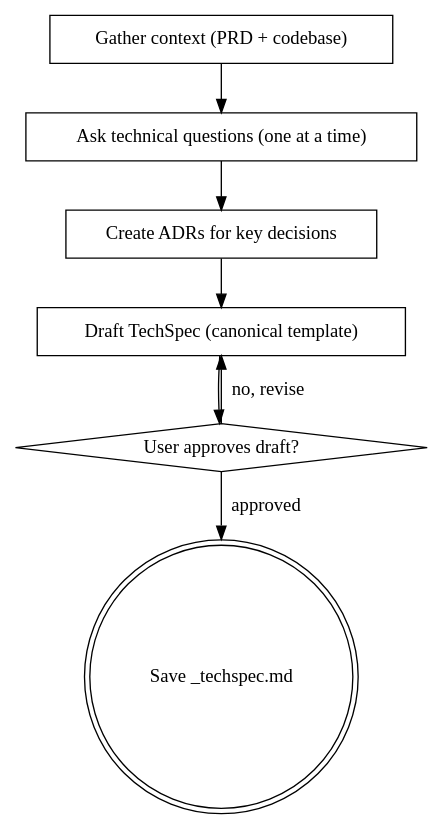
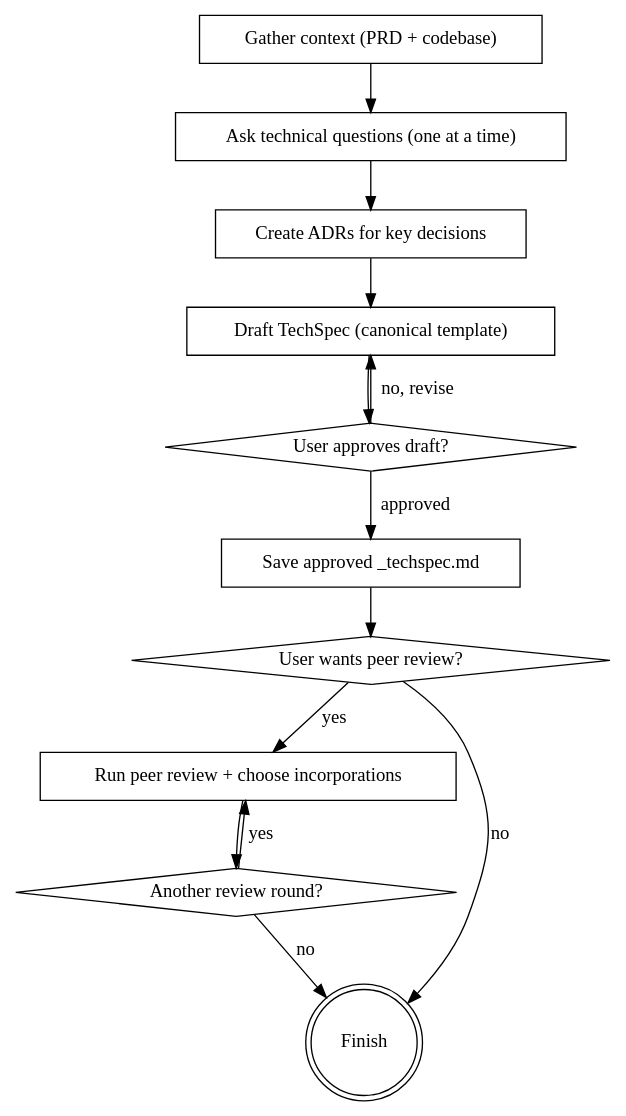
Before and after one commit to Viniciuscarvalho/agh: the diagram in .agents/skills/cy-create-techspec/SKILL.md, drawn with Graphviz. The commit also changed other lines of this file and 703 other files, not shown here.

````diff
--- a/.agents/skills/cy-create-techspec/SKILL.md
+++ b/.agents/skills/cy-create-techspec/SKILL.md
@@ -107,17 +138,27 @@
 ```dot
 digraph create_techspec {
     "Gather context (PRD + codebase)" [shape=box];
     "Ask technical questions (one at a time)" [shape=box];
     "Create ADRs for key decisions" [shape=box];
     "Draft TechSpec (canonical template)" [shape=box];
     "User approves draft?" [shape=diamond];
-    "Save _techspec.md" [shape=doublecircle];
+    "Save approved _techspec.md" [shape=box];
+    "User wants peer review?" [shape=diamond];
+    "Run peer review + choose incorporations" [shape=box];
+    "Another review round?" [shape=diamond];
+    "Finish" [shape=doublecircle];
 
     "Gather context (PRD + codebase)" -> "Ask technical questions (one at a time)";
     "Ask technical questions (one at a time)" -> "Create ADRs for key decisions";
     "Create ADRs for key decisions" -> "Draft TechSpec (canonical template)";
     "Draft TechSpec (canonical template)" -> "User approves draft?";
     "User approves draft?" -> "Draft TechSpec (canonical template)" [label="no, revise"];
-    "User approves draft?" -> "Save _techspec.md" [label="approved"];
+    "User approves draft?" -> "Save approved _techspec.md" [label="approved"];
+    "Save approved _techspec.md" -> "User wants peer review?";
+    "User wants peer review?" -> "Finish" [label="no"];
+    "User wants peer review?" -> "Run peer review + choose incorporations" [label="yes"];
+    "Run peer review + choose incorporations" -> "Another review round?";
+    "Another review round?" -> "Run peer review + choose incorporations" [label="yes"];
+    "Another review round?" -> "Finish" [label="no"];
 }
 ```
````
